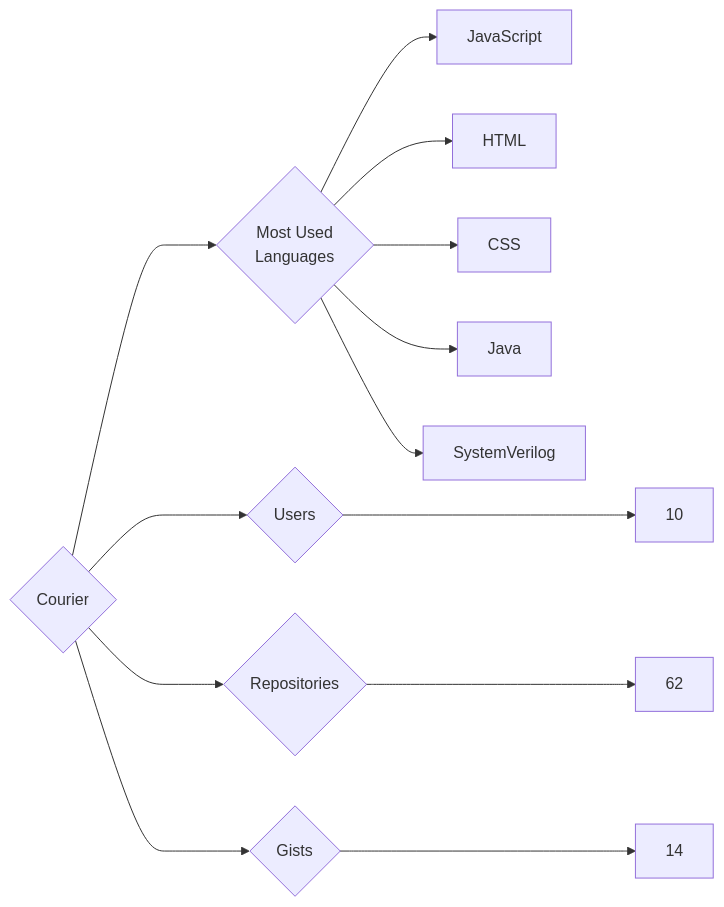
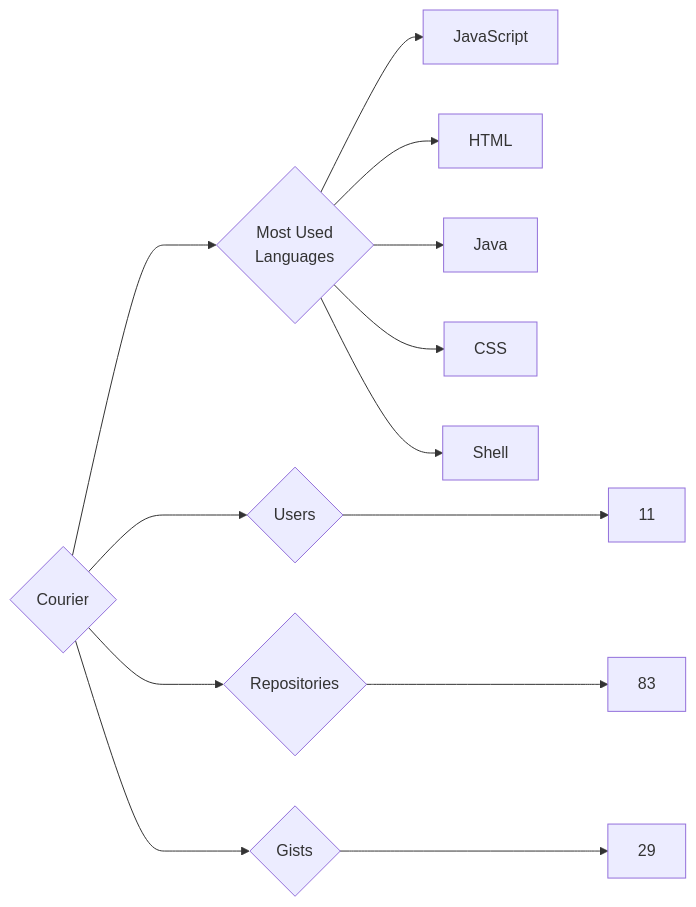
Before and after one commit to trickest/insiders: the diagram in targets/Courier/README.md, drawn with Mermaid. The commit also changed 882 other files, not shown here.

````diff
--- a/targets/Courier/README.md
+++ b/targets/Courier/README.md
@@ -3,13 +3,13 @@
 ```mermaid
 graph LR
 COMPANY_NAME{Courier}
-COMPANY_NAME ---> U{Users} ---> UN[10]
-COMPANY_NAME ---> R{Repositories} ---> RN[62]
-COMPANY_NAME ---> G{Gists} ---> GN[14]
+COMPANY_NAME ---> U{Users} ---> UN[11]
+COMPANY_NAME ---> R{Repositories} ---> RN[83]
+COMPANY_NAME ---> G{Gists} ---> GN[29]
 COMPANY_NAME ---> ML{Most Used<br>Languages}
 ML --> JavaScript[JavaScript]
 ML --> HTML[HTML]
+ML --> Java[Java]
 ML --> CSS[CSS]
-ML --> Java[Java]
-ML --> SystemVerilog[SystemVerilog]
+ML --> Shell[Shell]
 ```
````
